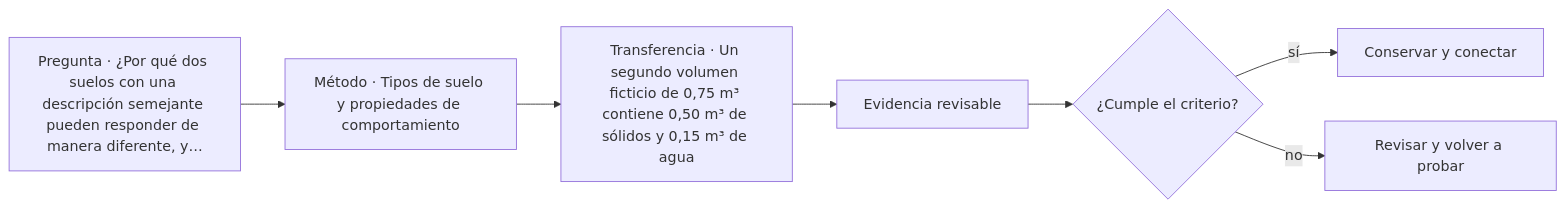
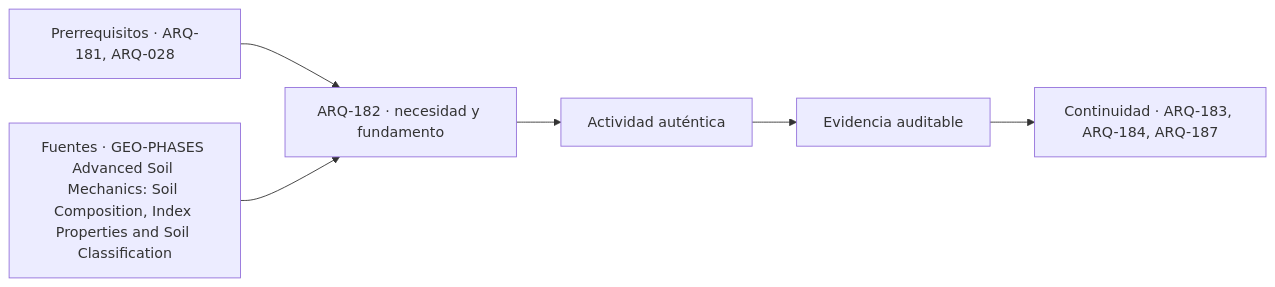
Before and after one commit to vladimiracunadev-create/architecture-built-environment-learning-program: the diagram in classes/parte-19/ARQ-182.md, drawn with Mermaid. The commit also changed other lines of this file and 761 other files, not shown here.

````diff
--- a/classes/parte-19/ARQ-182.md
+++ b/classes/parte-19/ARQ-182.md
@@ -107,9 +119,8 @@
 ```mermaid
 flowchart LR
-    Q["Pregunta · ¿Por qué dos suelos con una descripción semejante pueden responder de manera diferente, y…"] --> M["Método · Tipos de suelo y propiedades de comportamiento"]
-    M --> P["Transferencia · Un segundo volumen ficticio de 0,75 m³ contiene 0,50 m³ de sólidos y 0,15 m³ de agua"]
-    P --> E["Evidencia revisable"]
-    E --> C{"¿Cumple el criterio?"}
-    C -->|sí| T["Conservar y conectar"]
-    C -->|no| R["Revisar y volver a probar"]
+    A["Prerrequisitos · ARQ-181, ARQ-028"] --> B["ARQ-182 · necesidad y fundamento"]
+    S["Fuentes · GEO-PHASES Advanced Soil Mechanics: Soil Composition, Index Properties and Soil Classification"] --> B
+    B --> C["Actividad auténtica"]
+    C --> D["Evidencia auditable"]
+    D --> E["Continuidad · ARQ-183, ARQ-184, ARQ-187"]
 ```
````
